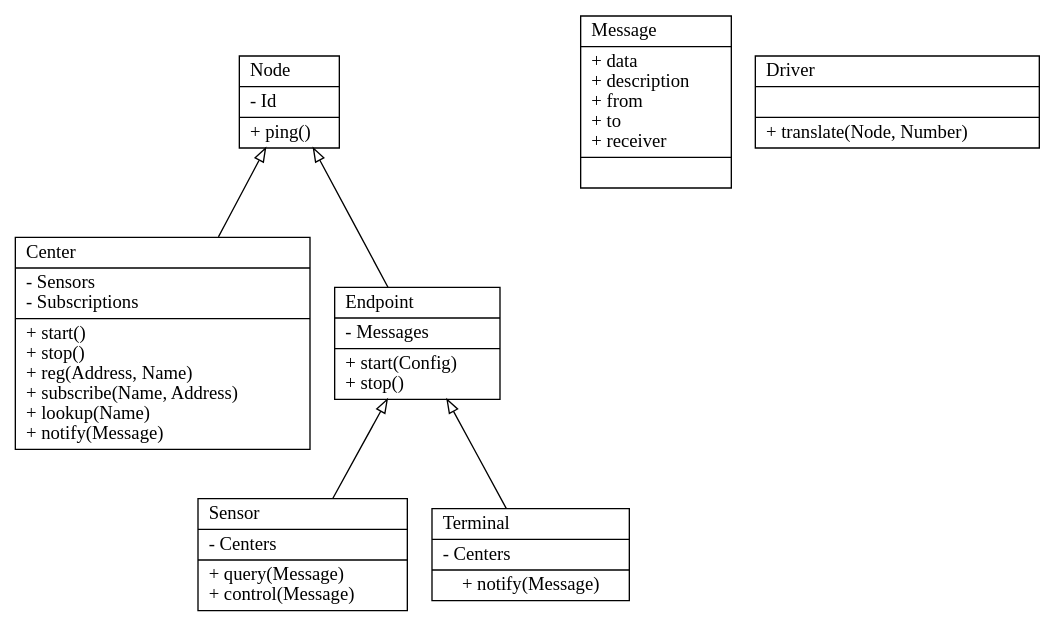
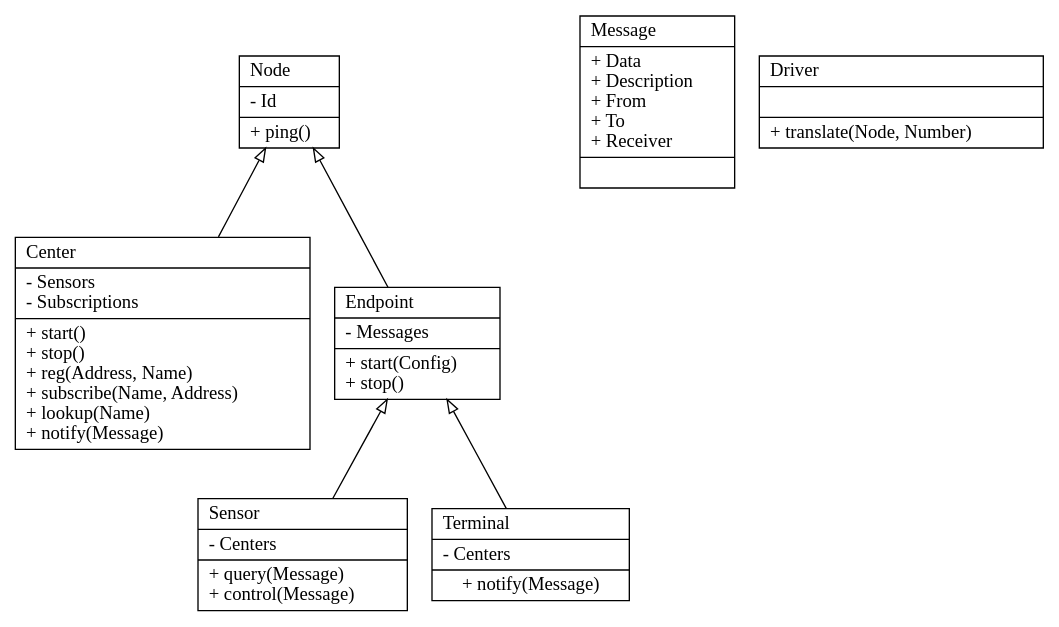
One commit to vmiklos/bsc-thesis changed the diagram in doc/statikus-struktura-diagram.dot. Above: the diagram before and after it, drawn with Graphviz. The commit also changed 1 other file, not shown here.

```diff
--- a/doc/statikus-struktura-diagram.dot
+++ b/doc/statikus-struktura-diagram.dot
@@ -1,22 +1,22 @@
 digraph G {
 	node [shape=record]
 	c0 [label="{Node\l|- Id\l|+ ping()\l}"]
 
 	c1 [label="{Center\l|- Sensors\l- Subscriptions\l|+ start()\l+ stop()\l+ reg(Address, Name)\l+ subscribe(Name, Address)\l+ lookup(Name)\l+ notify(Message)\l}"]
 	c0 -> c1 [dir=back,arrowtail=empty]
 
 	c2 [label="{Endpoint\l|- Messages\l|+ start(Config)\l+ stop()\l}"]
 	c0 -> c2 [dir=back,arrowtail=empty]
 
 	c3 [label="{Sensor\l|- Centers\l|+ query(Message)\l+ control(Message)\l}"]
 	c2 -> c3 [dir=back,arrowtail=empty]
 
 	c4 [label="{Terminal\l|- Centers\l|+ notify(Message)}"]
 	c2 -> c4 [dir=back,arrowtail=empty]
 
 	s1 [label="",shape=none,width=2]
 
-	c5 [label="{Message\l|+ data\l+ description\l+ from\l+ to\l+ receiver\l|}"]
+	c5 [label="{Message\l|+ Data\l+ Description\l+ From\l+ To\l+ Receiver\l|}"]
 
 	c6 [label="{Driver\l||+ translate(Node, Number)\l}}"]
 }
```
